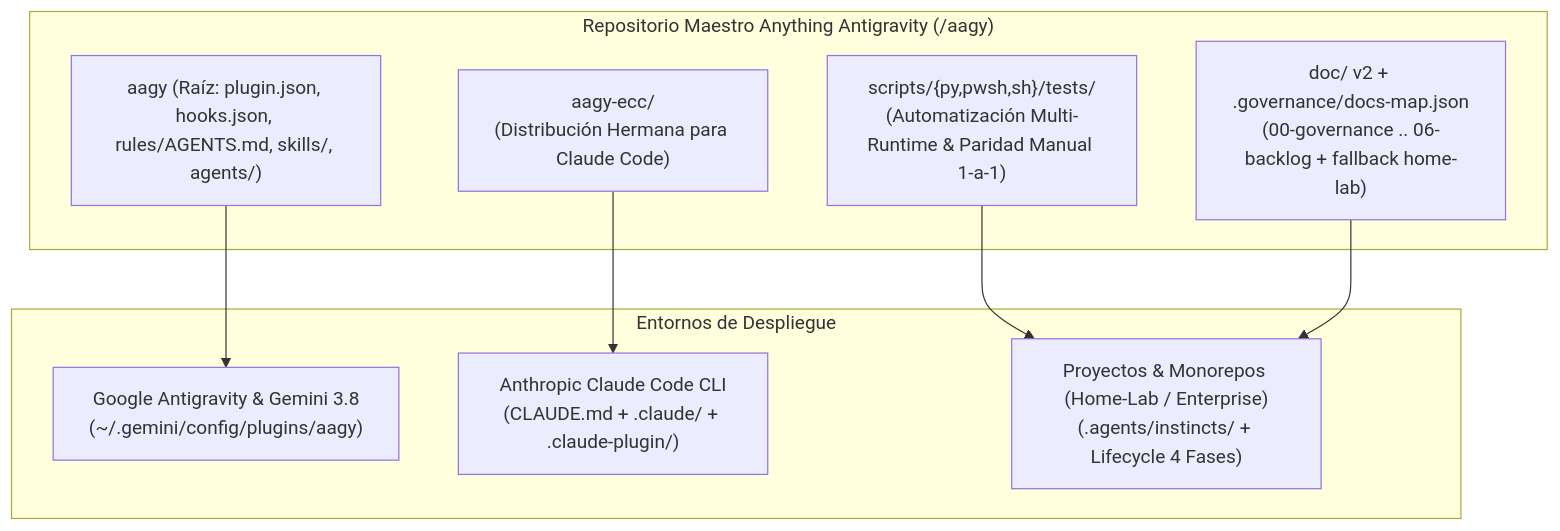
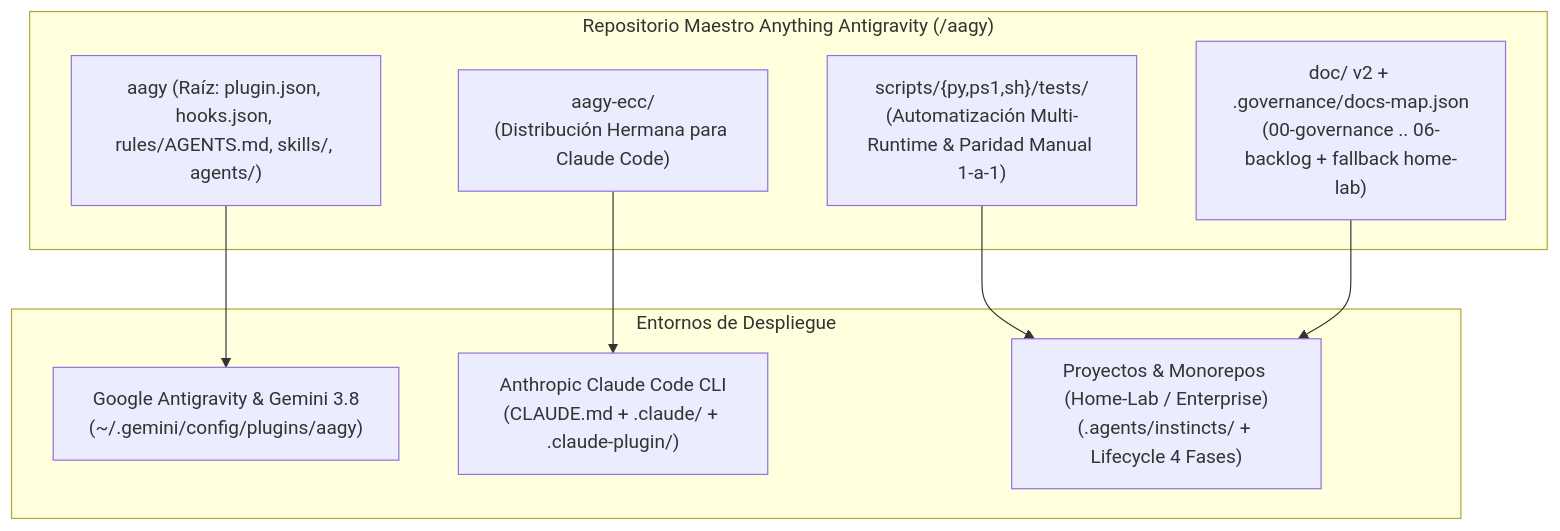
Before and after one commit to ACB75/aagy: the diagram in README.md, drawn with Mermaid. The commit also changed other lines of this file and 80 other files, not shown here.

First line of the commit message:
[refactor]-[aagy,scripts,doc]: renombrar directorio scripts/pwsh a scripts/ps1 (#41)

````diff
--- a/README.md
+++ b/README.md
@@ -12,20 +12,20 @@
 ```mermaid
 flowchart TD
     subgraph Core["Repositorio Maestro Anything Antigravity (/aagy)"]
         Root["aagy (Raíz: plugin.json, hooks.json, rules/AGENTS.md, skills/, agents/)"]
-        Scripts["scripts/{py,pwsh,sh}/tests/<br/>(Automatización Multi-Runtime & Paridad Manual 1-a-1)"]
+        Scripts["scripts/{py,ps1,sh}/tests/<br/>(Automatización Multi-Runtime & Paridad Manual 1-a-1)"]
         Docs["doc/ v2 + .governance/docs-map.json<br/>(00-governance .. 06-backlog + fallback home-lab)"]
         SubPlugin["aagy-ecc/<br/>(Distribución Hermana para Claude Code)"]
     end
 
     subgraph Targets["Entornos de Despliegue"]
         AGY["Google Antigravity & Gemini 3.8<br/>(~/.gemini/config/plugins/aagy)"]
         Claude["Anthropic Claude Code CLI<br/>(CLAUDE.md + .claude/ + .claude-plugin/)"]
         Projects["Proyectos & Monorepos (Home-Lab / Enterprise)<br/>(.agents/instincts/ + Lifecycle 4 Fases)"]
     end
 
     Root --> AGY
     SubPlugin --> Claude
     Scripts --> Projects
     Docs --> Projects
 ```
````
